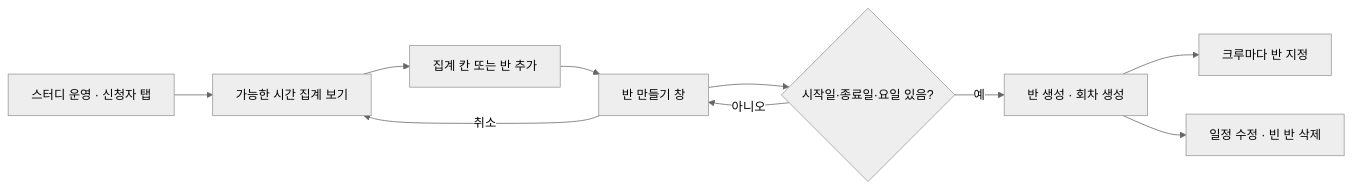
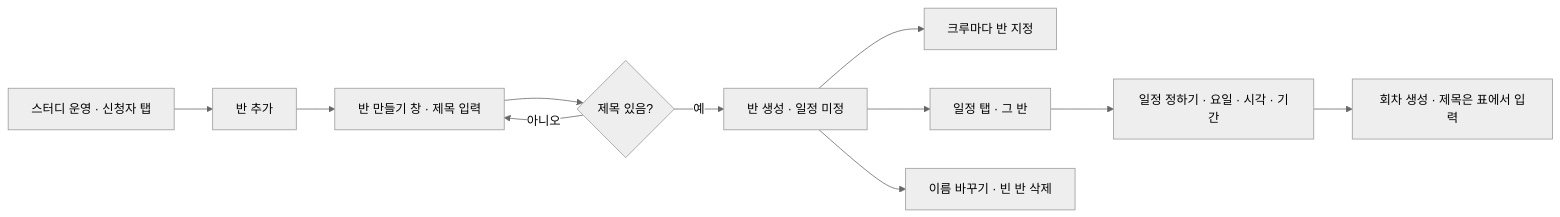
Before and after one commit to StudyClub-PlusPlus/studyclub-engineering: the first of 2 diagrams in 01-planning/stories/captain-assign-classes/PRD.md, drawn with Mermaid (neutral theme). The commit also changed other lines of this file and 30 other files, not shown here.

````diff
--- a/01-planning/stories/captain-assign-classes/PRD.md
+++ b/01-planning/stories/captain-assign-classes/PRD.md
@@ -9,12 +9,13 @@
 ```mermaid
 flowchart LR
-  A["스터디 운영 · 신청자 탭"] --> B["가능한 시간 집계 보기"]
-  B --> C["집계 칸 또는 반 추가"]
-  C --> D["반 만들기 창"]
-  D --> E{"시작일·종료일·요일 있음?"}
-  E -->|아니오| D
-  E -->|예| F["반 생성 · 회차 생성"]
-  F --> G["크루마다 반 지정"]
-  D -->|취소| B
-  F --> H["일정 수정 · 빈 반 삭제"]
+  A["스터디 운영 · 신청자 탭"] --> B["반 추가"]
+  B --> C["반 만들기 창 · 제목 입력"]
+  C --> D{"제목 있음?"}
+  D -->|아니오| C
+  D -->|예| E["반 생성 · 일정 미정"]
+  E --> F["크루마다 반 지정"]
+  E --> G["일정 탭 · 그 반"]
+  G --> H["일정 정하기 · 요일 · 시각 · 기간"]
+  H --> I["회차 생성 · 제목은 표에서 입력"]
+  E --> J["이름 바꾸기 · 빈 반 삭제"]
 ```
````
